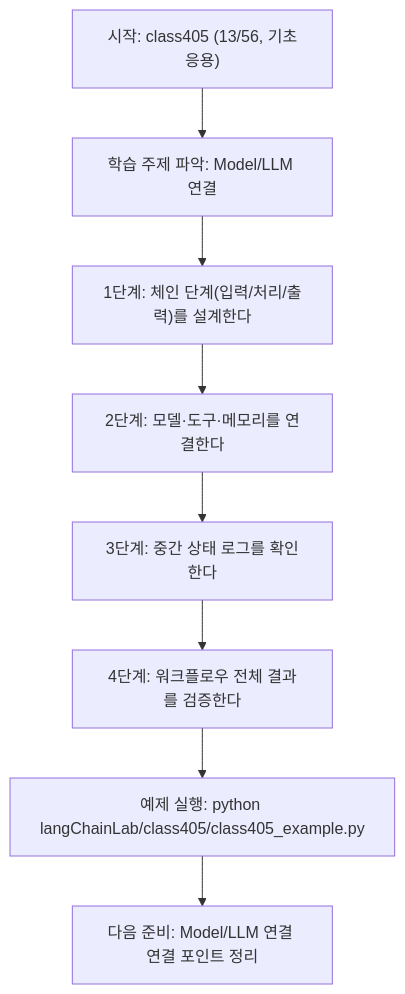
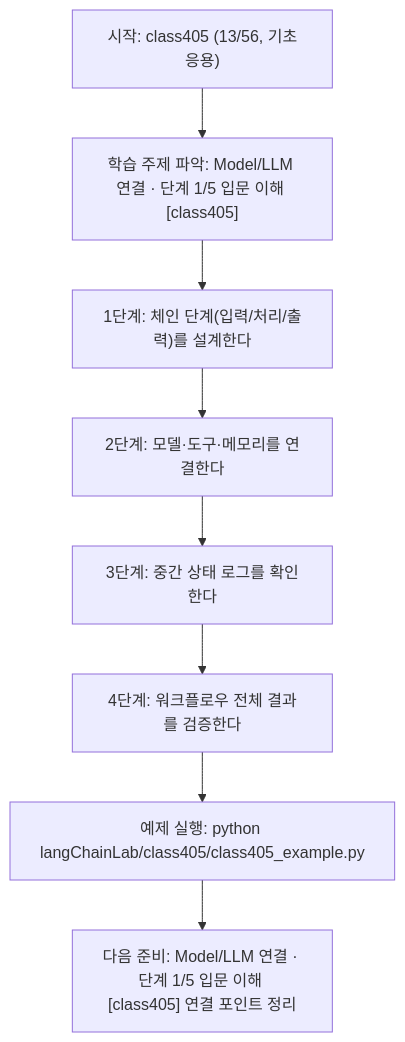
The diagram in langChainLab/class405/class405.md (edumgt/Python-AI_Agent-Class), drawn with Mermaid before and after one commit. The commit also changed other lines of this file and 522 other files, not shown here.

````diff
--- a/langChainLab/class405/class405.md
+++ b/langChainLab/class405/class405.md
@@ -109,18 +110,18 @@
 ```mermaid
 flowchart TD
 N1["시작: class405 (13/56, 기초응용)"]
-N2["학습 주제 파악: Model/LLM 연결"]
+N2["학습 주제 파악: Model/LLM 연결 · 단계 1/5 입문 이해 [class405]"]
 N3["1단계: 체인 단계(입력/처리/출력)를 설계한다"]
 N4["2단계: 모델·도구·메모리를 연결한다"]
 N5["3단계: 중간 상태 로그를 확인한다"]
 N6["4단계: 워크플로우 전체 결과를 검증한다"]
 N7["예제 실행: python langChainLab/class405/class405_example.py"]
-N8["다음 준비: Model/LLM 연결 연결 포인트 정리"]
+N8["다음 준비: Model/LLM 연결 · 단계 1/5 입문 이해 [class405] 연결 포인트 정리"]
 N1 --> N2
 N2 --> N3
 N3 --> N4
 N4 --> N5
 N5 --> N6
 N6 --> N7
 N7 --> N8
 ```
````
